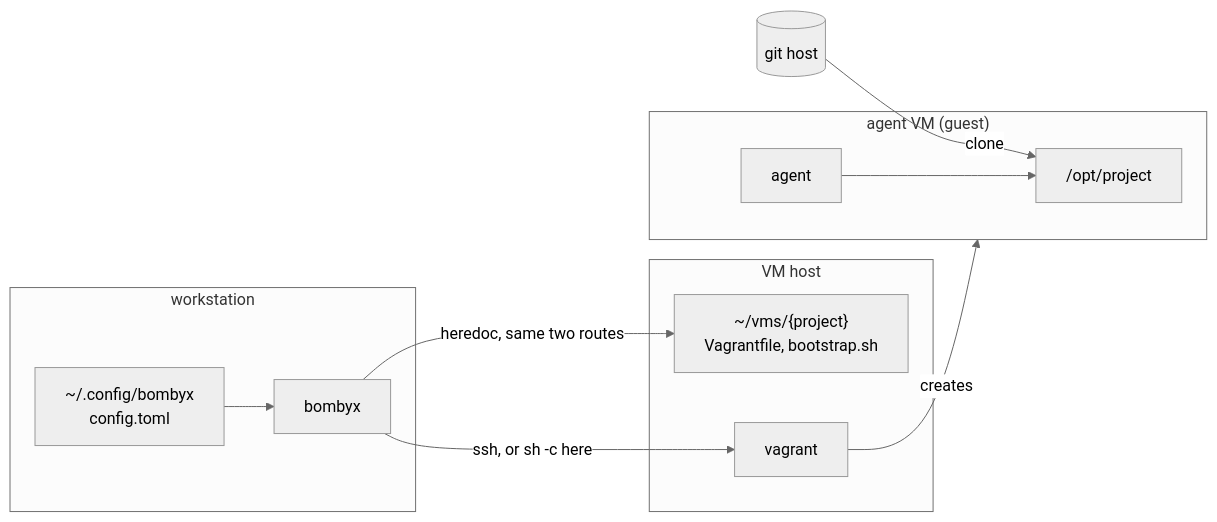
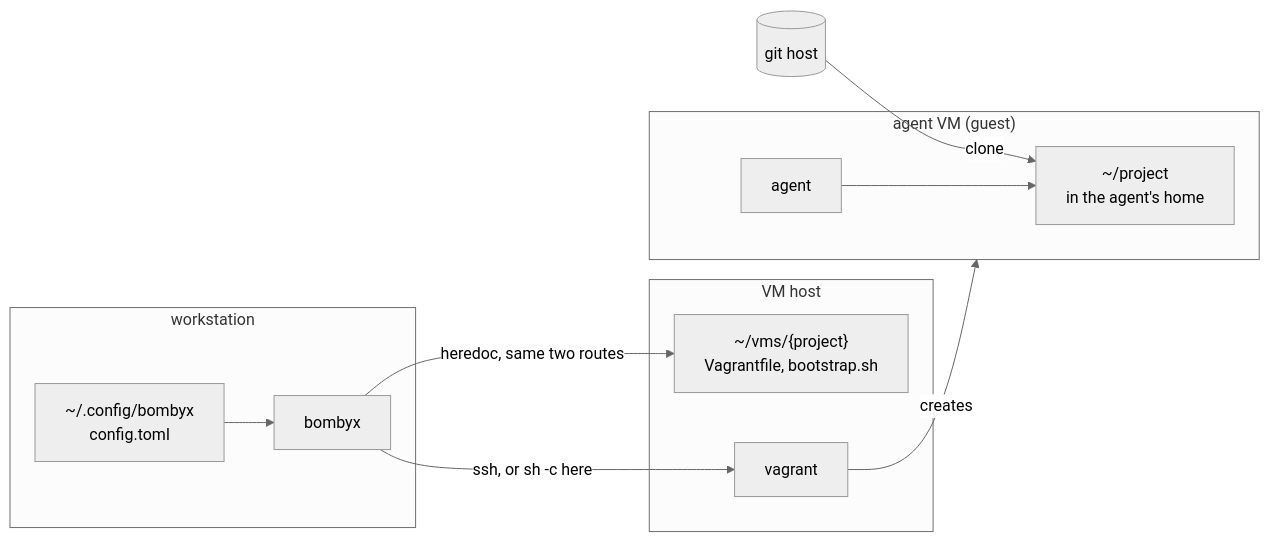
The first of 6 diagrams in docs/architecture.md (breki/bombyx), drawn with Mermaid (neutral theme) before and after one commit. The commit also changed other lines of this file and 5 other files, not shown here.

First line of the commit message:
feat: the guest clones into the agent's home, not /opt

````diff
--- a/docs/architecture.md
+++ b/docs/architecture.md
@@ -10,26 +10,26 @@
 ```mermaid
 flowchart LR
   subgraph ws["workstation"]
     reg["~/.config/bombyx<br/>config.toml"]
     cli["bombyx"]
   end
 
   subgraph host["VM host"]
     dir["~/vms/{project}<br/>Vagrantfile, bootstrap.sh"]
     vg["vagrant"]
   end
 
   subgraph guest["agent VM (guest)"]
-    clone["/opt/project"]
+    clone["~/project<br/>in the agent's home"]
     agent["agent"]
   end
 
   git[("git host")]
 
   reg --> cli
   cli -- "ssh, or sh -c here" --> vg
   cli -- "heredoc, same two routes" --> dir
   vg -- creates --> guest
   git -- clone --> clone
   agent --> clone
 ```
````
